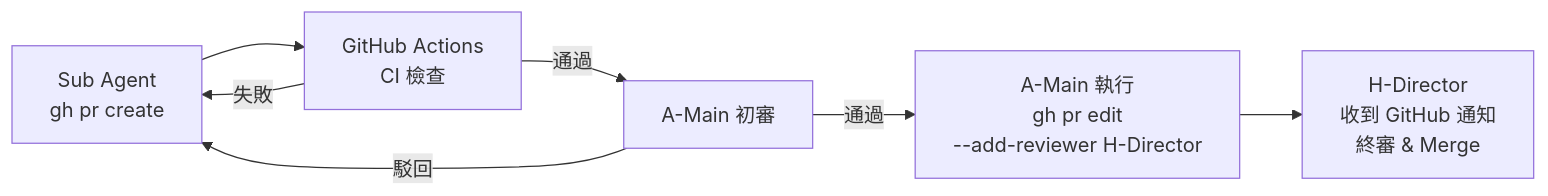
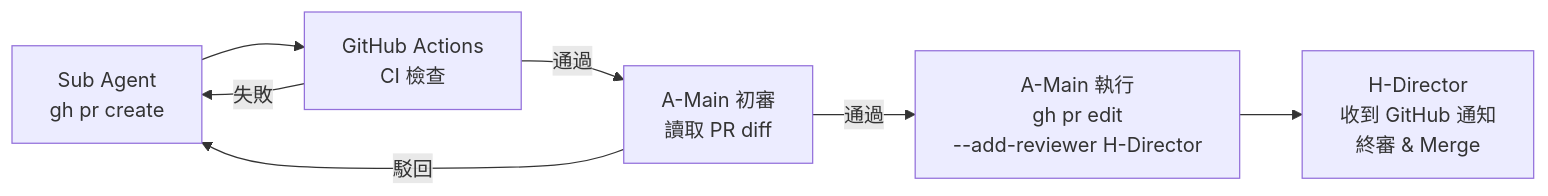
One commit to robin-li/vibe-money-book changed the fourth of 5 diagrams in .claude/skills/vibe-sdlc-p1-spec/examples/docs/02-Dev_Plan.md. Above: the diagram before and after it, drawn with Mermaid. The commit also changed other lines of this file and 8 other files, not shown here.

````diff
--- a/.claude/skills/vibe-sdlc-p1-spec/examples/docs/02-Dev_Plan.md
+++ b/.claude/skills/vibe-sdlc-p1-spec/examples/docs/02-Dev_Plan.md
@@ -566,9 +761,9 @@
 ```mermaid
 flowchart LR
     SUB["Sub Agent<br/>gh pr create"] --> CI["GitHub Actions<br/>CI 檢查"]
-    CI -->|通過| MAIN["A-Main 初審"]
+    CI -->|通過| MAIN["A-Main 初審<br/>讀取 PR diff"]
     CI -->|失敗| SUB
     MAIN -->|通過| REQ["A-Main 執行<br/>gh pr edit<br/>--add-reviewer H-Director"]
     REQ --> DIR["H-Director<br/>收到 GitHub 通知<br/>終審 & Merge"]
     MAIN -->|駁回| SUB
 ```
````
